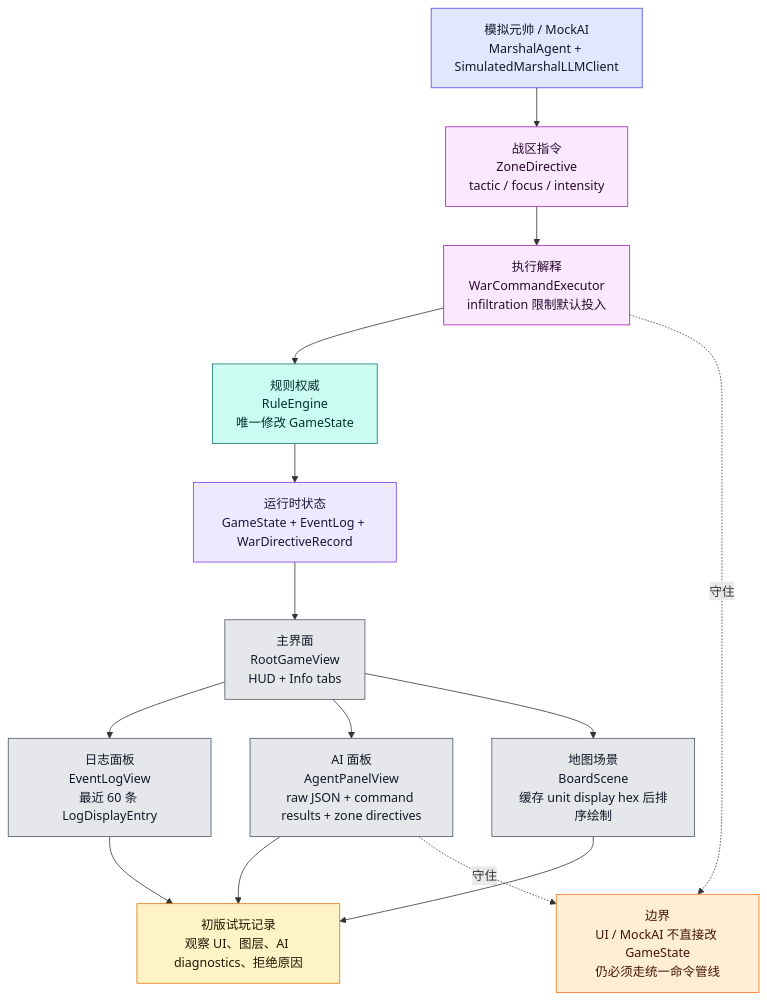
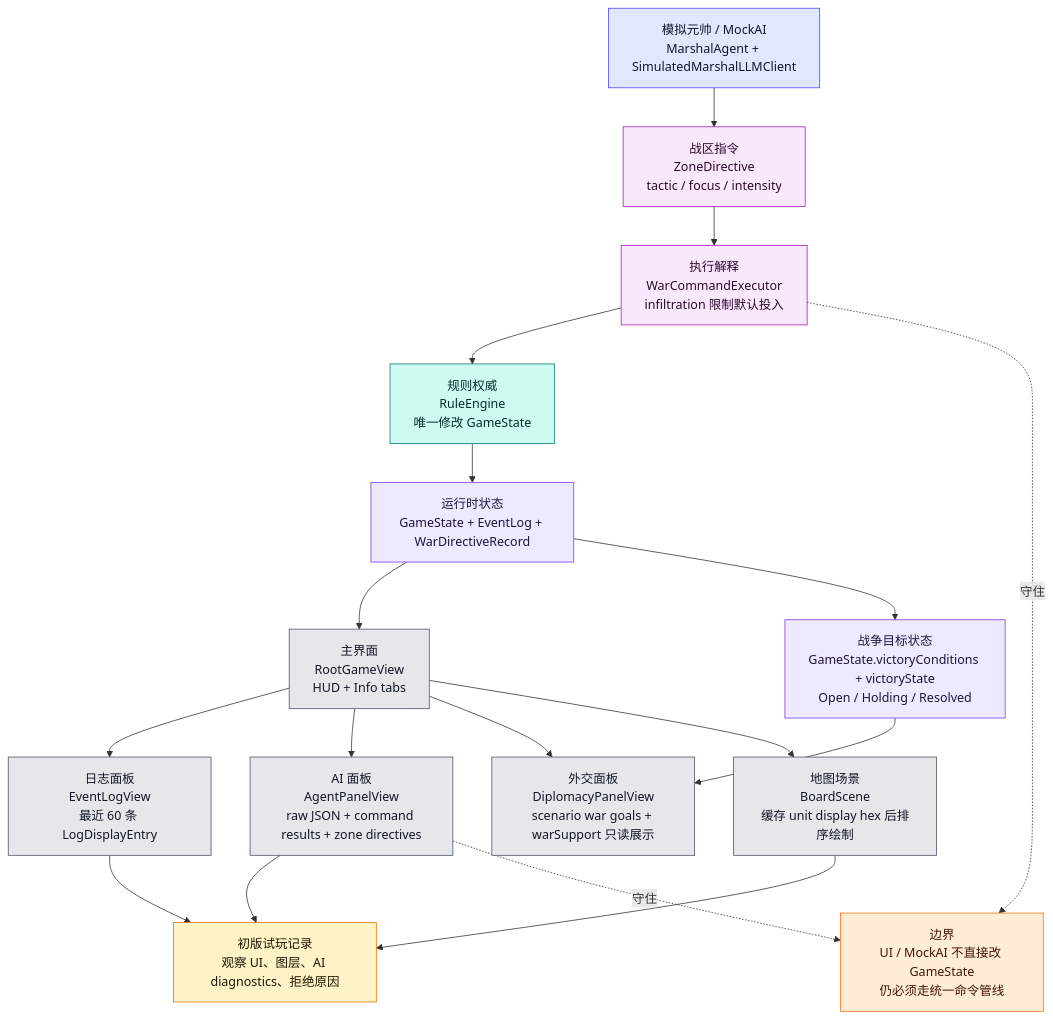
Before and after one commit to Altman-sam114/126: the eighth of 9 diagrams in md/flow/flowchart.md, drawn with Mermaid. The commit also changed other lines of this file and 2 other files, not shown here.

Commit message:
docs(log): record war support pressure CI

````diff
--- a/md/flow/flowchart.md
+++ b/md/flow/flowchart.md
@@ -412,34 +421,38 @@
 ```mermaid
 flowchart TD
     STATE["运行时状态<br/>GameState + EventLog + WarDirectiveRecord"]:::state
     ROOT["主界面<br/>RootGameView<br/>HUD + Info tabs"]:::ui
     LOG["日志面板<br/>EventLogView<br/>最近 60 条 LogDisplayEntry"]:::ui
     AIUI["AI 面板<br/>AgentPanelView<br/>raw JSON + command results + zone directives"]:::ui
+    DIPUI["外交面板<br/>DiplomacyPanelView<br/>scenario war goals + warSupport 只读展示"]:::ui
+    GOALS["战争目标状态<br/>GameState.victoryConditions + victoryState<br/>Open / Holding / Resolved"]:::state
     BOARD["地图场景<br/>BoardScene<br/>缓存 unit display hex 后排序绘制"]:::ui
     MARSHAL["模拟元帅 / MockAI<br/>MarshalAgent + SimulatedMarshalLLMClient"]:::ai
     ZD["战区指令<br/>ZoneDirective<br/>tactic / focus / intensity"]:::command
     WCE["执行解释<br/>WarCommandExecutor<br/>infiltration 限制默认投入"]:::command
     RULE["规则权威<br/>RuleEngine<br/>唯一修改 GameState"]:::rules
     PLAYTEST["初版试玩记录<br/>观察 UI、图层、AI diagnostics、拒绝原因"]:::doc
 
     STATE --> ROOT
     ROOT --> LOG
     ROOT --> AIUI
+    ROOT --> DIPUI
     ROOT --> BOARD
+    STATE --> GOALS --> DIPUI
     MARSHAL --> ZD --> WCE --> RULE --> STATE
     AIUI --> PLAYTEST
     LOG --> PLAYTEST
     BOARD --> PLAYTEST
 
     WARN["边界<br/>UI / MockAI 不直接改 GameState<br/>仍必须走统一命令管线"]:::warn
     AIUI -.守住.-> WARN
     WCE -.守住.-> WARN
 
     classDef state fill:#ede9fe,stroke:#7c3aed,color:#1f143d
     classDef ui fill:#e5e7eb,stroke:#4b5563,color:#111827
     classDef ai fill:#e0e7ff,stroke:#4f46e5,color:#111827
     classDef command fill:#fae8ff,stroke:#a21caf,color:#2a0a2f
     classDef rules fill:#ccfbf1,stroke:#0f766e,color:#042f2e
     classDef doc fill:#fef3c7,stroke:#d97706,color:#1f1600
     classDef warn fill:#ffedd5,stroke:#f97316,color:#431407
 ```
````
